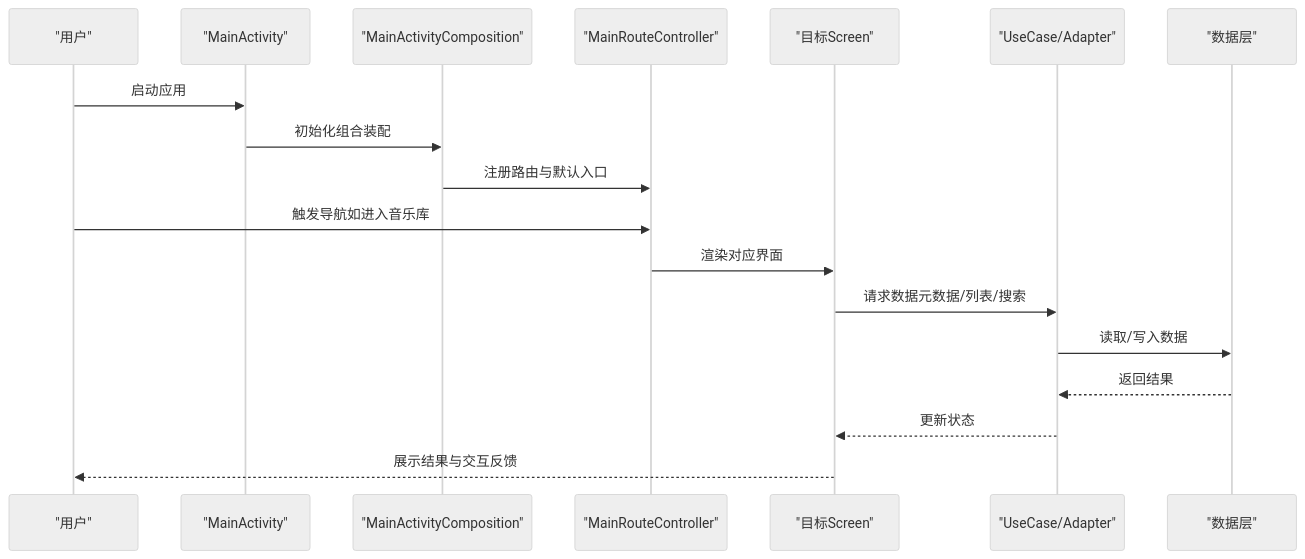
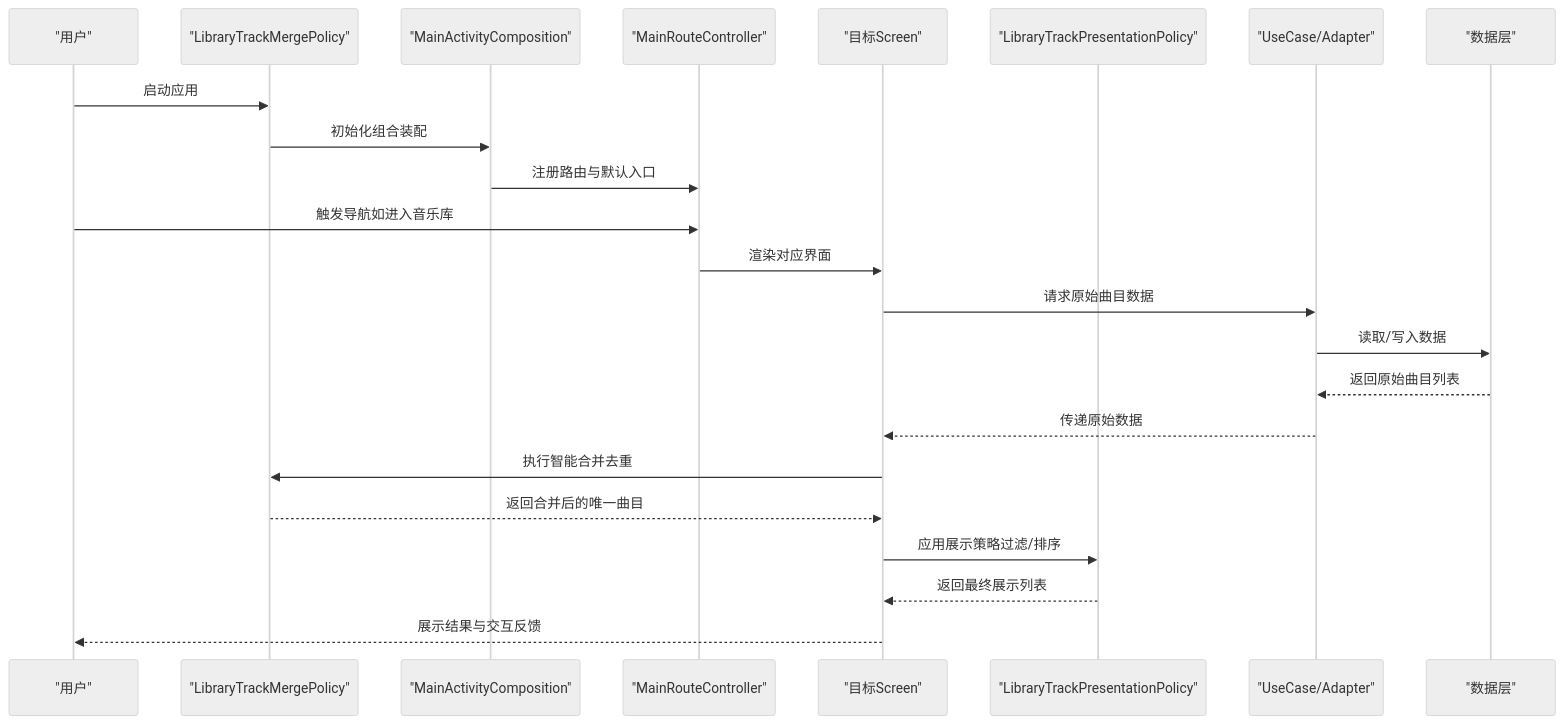
One commit to ysyhlly/Yukine-android changed the second of 10 diagrams in .qoder/repowiki/zh/content/用户界面/音乐库界面.md. Above: the diagram before and after it, drawn with Mermaid (neutral theme). The commit also changed other lines of this file and 254 other files, not shown here.

````diff
--- a/.qoder/repowiki/zh/content/用户界面/音乐库界面.md
+++ b/.qoder/repowiki/zh/content/用户界面/音乐库界面.md
@@ -102,20 +137,26 @@
 ```mermaid
 sequenceDiagram
 participant U as "用户"
 participant M as "MainActivity"
 participant C as "MainActivityComposition"
 participant R as "MainRouteController"
 participant S as "目标Screen"
+participant P as "LibraryTrackPresentationPolicy"
+participant M as "LibraryTrackMergePolicy"
 participant UC as "UseCase/Adapter"
 participant D as "数据层"
 U->>M : 启动应用
 M->>C : 初始化组合装配
 C->>R : 注册路由与默认入口
 U->>R : 触发导航如进入音乐库
 R->>S : 渲染对应界面
-S->>UC : 请求数据元数据/列表/搜索
+S->>UC : 请求原始曲目数据
 UC->>D : 读取/写入数据
-D-->>UC : 返回结果
-UC-->>S : 更新状态
+D-->>UC : 返回原始曲目列表
+UC-->>S : 传递原始数据
+S->>M : 执行智能合并去重
+M-->>S : 返回合并后的唯一曲目
+S->>P : 应用展示策略过滤/排序
+P-->>S : 返回最终展示列表
 S-->>U : 展示结果与交互反馈
 ```
````
